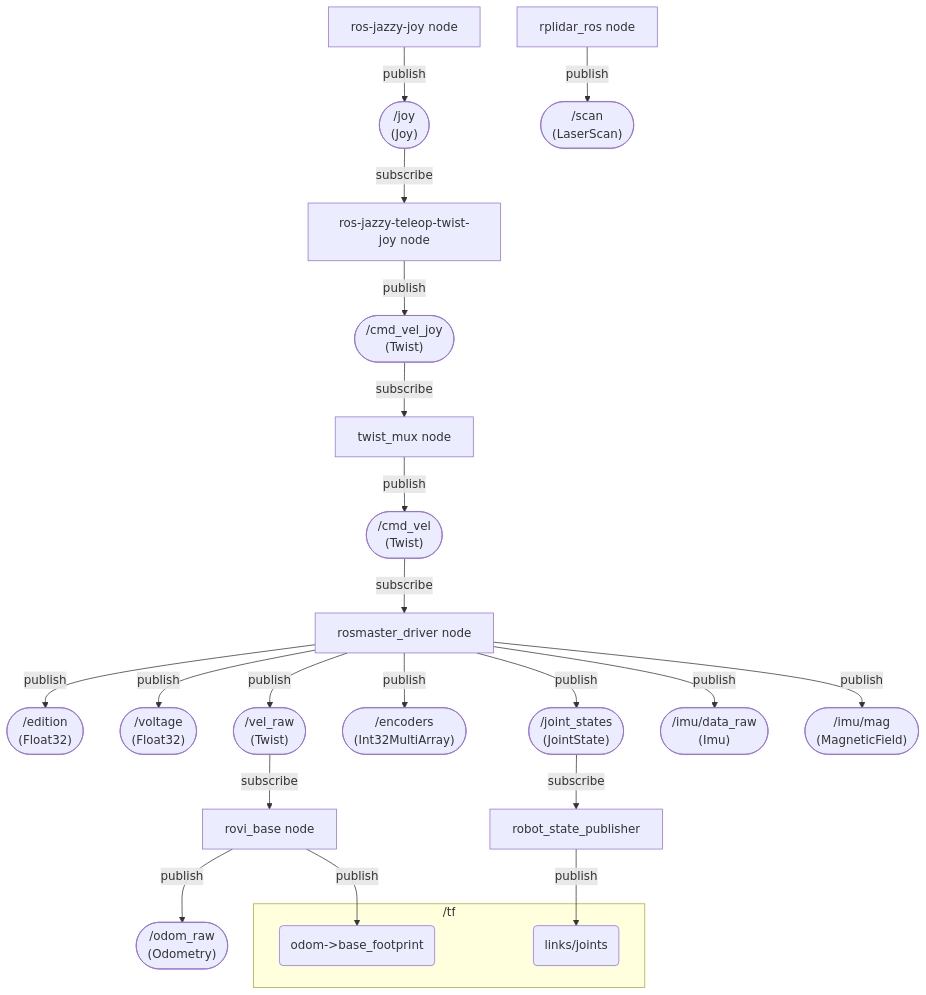
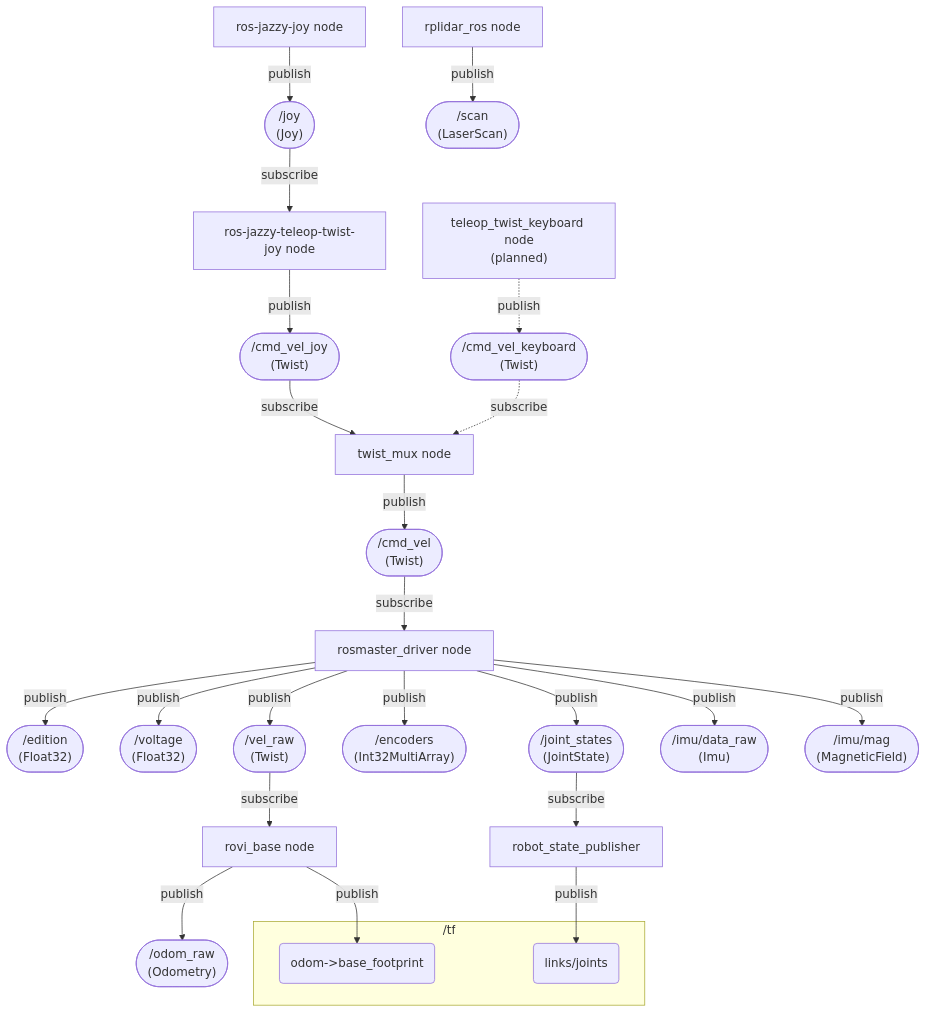
Before and after one commit to Roblibs/rovi_ros_ws: the second of 12 diagrams in README.md, drawn with Mermaid. The commit also changed other lines of this file, not shown here.

````diff
--- a/README.md
+++ b/README.md
@@ -186,55 +238,60 @@
 ```mermaid
 flowchart TD
   Rosmaster[rosmaster_driver node]
 
   Joystick["ros-jazzy-joy node"]
   JOY(["/joy<br/>(Joy)"])
   Joystick -->|publish| JOY
 
   RoviJoy["ros-jazzy-teleop-twist-joy node"]
   JOY -->|subscribe| RoviJoy
   CMD_JOY(["/cmd_vel_joy<br/>(Twist)"])
   RoviJoy -->|publish| CMD_JOY
 
+  Keyboard["teleop_twist_keyboard node<br/>(planned)"]
+  CMD_KEY(["/cmd_vel_keyboard<br/>(Twist)"])
+  Keyboard -.->|publish| CMD_KEY
+
   TwistMux["twist_mux node"]
   CMD_JOY -->|subscribe| TwistMux
+  CMD_KEY -.->|subscribe| TwistMux
   CMD(["/cmd_vel<br/>(Twist)"])
   TwistMux -->|publish| CMD
 
   CMD -->|subscribe| Rosmaster
   EDT(["/edition<br/>(Float32)"])
   VOL(["/voltage<br/>(Float32)"])
   VRAW(["/vel_raw<br/>(Twist)"])
   JSTATE(["/joint_states<br/>(JointState)"])
   ENC(["/encoders<br/>(Int32MultiArray)"])
   IMU_RAW(["/imu/data_raw<br/>(Imu)"])
   MAG(["/imu/mag<br/>(MagneticField)"])
   Rosmaster -->|publish| EDT
   Rosmaster -->|publish| VOL
   Rosmaster -->|publish| VRAW
   Rosmaster -->|publish| ENC
   Rosmaster -->|publish| JSTATE
   Rosmaster -->|publish| IMU_RAW
   Rosmaster -->|publish| MAG
 
   RoviBase["rovi_base node"]
   VRAW -->|subscribe| RoviBase
   ODRAW(["/odom_raw<br/>(Odometry)"])
 
   subgraph TF["/tf"]
     TF_ODOM_BASE("odom->base_footprint")
     TF_LINKS_JOINTS("links/joints")
   end
 
   RoviBase -->|publish| ODRAW
   RoviBase -->|publish| TF_ODOM_BASE
 
   RSP["robot_state_publisher"]
   JSTATE -->|subscribe| RSP
   RSP -->|publish| TF_LINKS_JOINTS
 
   RPLidar["rplidar_ros node"]
   SCAN(["/scan<br/>(LaserScan)"])
   RPLidar -->|publish| SCAN
 
 ```
````
